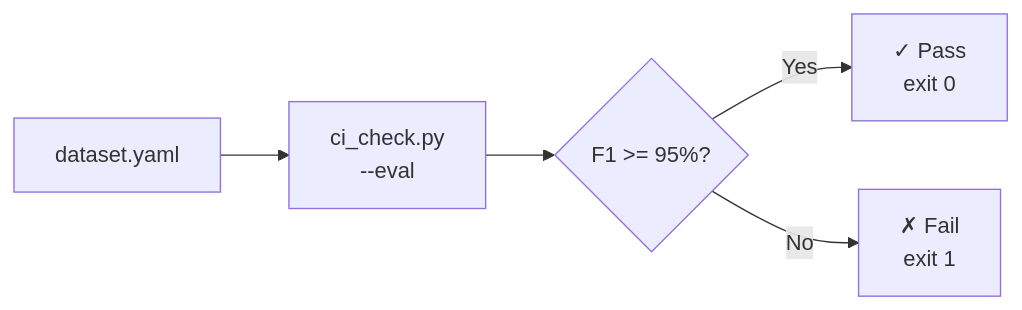
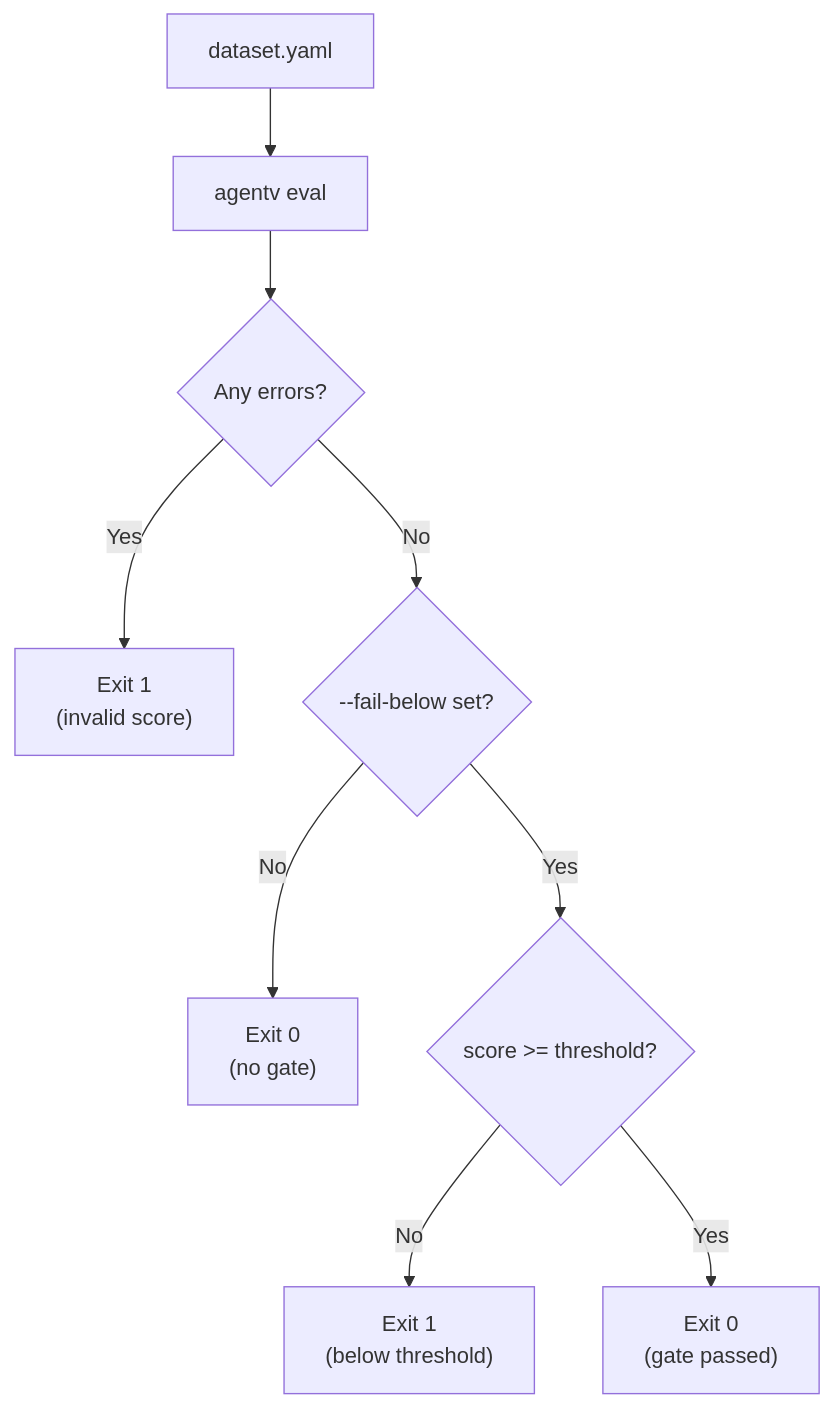
Before and after one commit to EntityProcess/agentv: the diagram in examples/showcase/export-screening/README.md, drawn with Mermaid. The commit also changed other lines of this file and 5 other files, not shown here.

First line of the commit message:
feat(cli): add --fail-below flag for CI/CD quality gates

````diff
--- a/examples/showcase/export-screening/README.md
+++ b/examples/showcase/export-screening/README.md
@@ -243,7 +274,11 @@
 ```mermaid
-flowchart LR
-    A[dataset.yaml] --> B[ci_check.py<br/>--eval]
-    B --> C{F1 >= 95%?}
-    C -->|Yes| D[✓ Pass<br/>exit 0]
-    C -->|No| E[✗ Fail<br/>exit 1]
+flowchart TD
+    A[dataset.yaml] --> B[agentv eval]
+    B --> C{Any errors?}
+    C -->|Yes| D["Exit 1<br/>(invalid score)"]
+    C -->|No| E{--fail-below set?}
+    E -->|No| F["Exit 0<br/>(no gate)"]
+    E -->|Yes| G{score >= threshold?}
+    G -->|No| H["Exit 1<br/>(below threshold)"]
+    G -->|Yes| I["Exit 0<br/>(gate passed)"]
 ```
````
